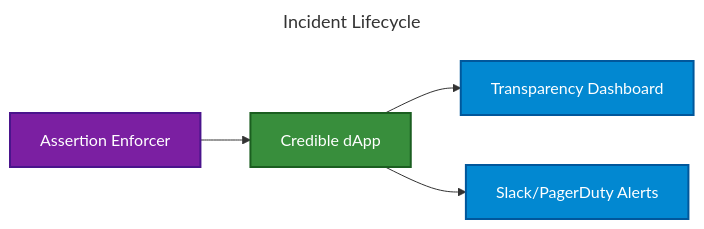
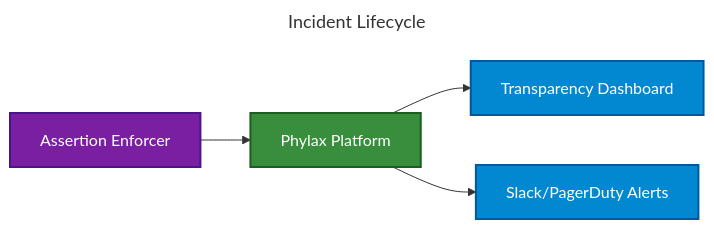
The third of 3 diagrams in credible/architecture-overview.mdx (phylaxsystems/phylax-docs), drawn with Mermaid before and after one commit. The commit also changed other lines of this file and 74 other files, not shown here.

````diff
--- a/credible/architecture-overview.mdx
+++ b/credible/architecture-overview.mdx
@@ -135,17 +135,17 @@
 ```mermaid
 ---
 title: Incident Lifecycle
 ---
 flowchart LR
-    ENFORCER["Assertion Enforcer"] --> DAPP["Credible dApp"]
+    ENFORCER["Assertion Enforcer"] --> DAPP["Phylax Platform"]
     DAPP --> DASH["Transparency Dashboard"]
     DAPP --> ALERTS["Slack/PagerDuty Alerts"]
 
     classDef enforcer fill:#7b1fa2,stroke:#4a148c,stroke-width:2px,color:#fff
     classDef dapp fill:#388e3c,stroke:#1b5e20,stroke-width:2px,color:#fff
     classDef output fill:#0288d1,stroke:#01579b,stroke-width:2px,color:#fff
 
     class ENFORCER enforcer
     class DAPP dapp
     class DASH,ALERTS output
 ```
````
